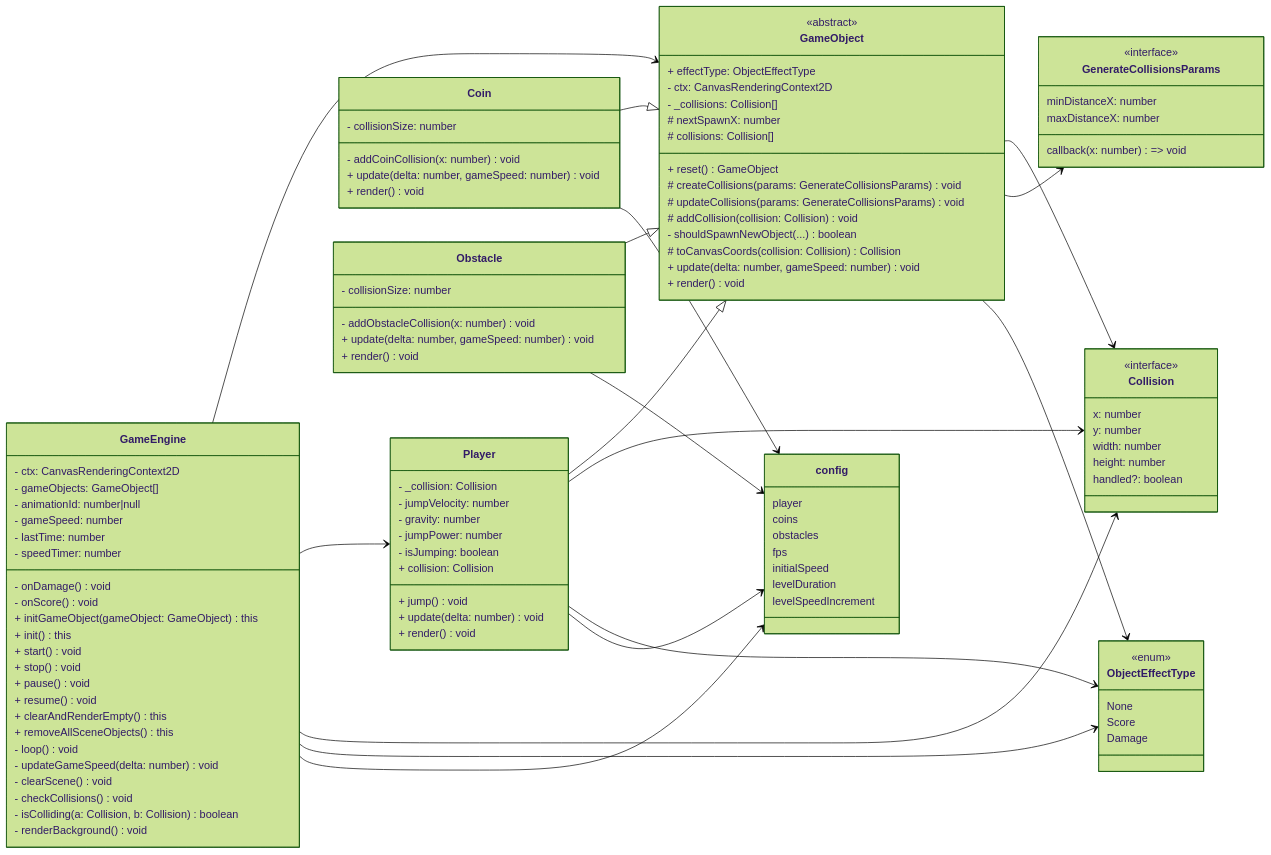
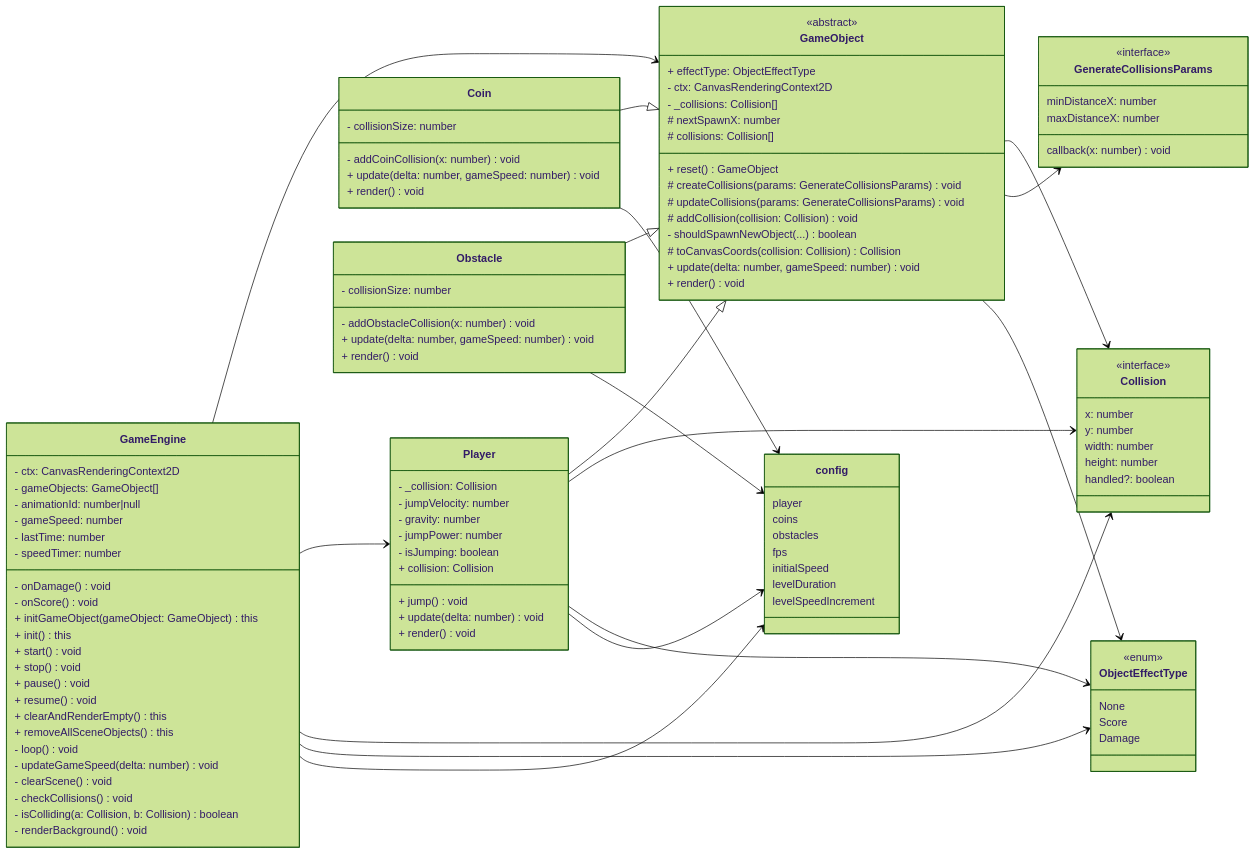
Before and after one commit to tropnikov/echo-runner: the diagram in docs/gameEngine.md, drawn with Mermaid (forest theme).

Commit message:
fix: Исправлена UML диаграмма

```diff
--- a/docs/gameEngine.md
+++ b/docs/gameEngine.md
@@ -103,7 +103,7 @@
     <<interface>>
     minDistanceX: number
     maxDistanceX: number
-    callback(x: number) => void
+    callback(x: number) void
   }
 
   class ObjectEffectType {
```
